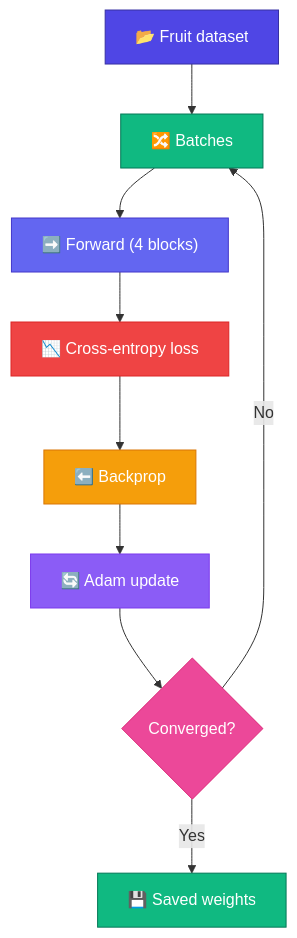
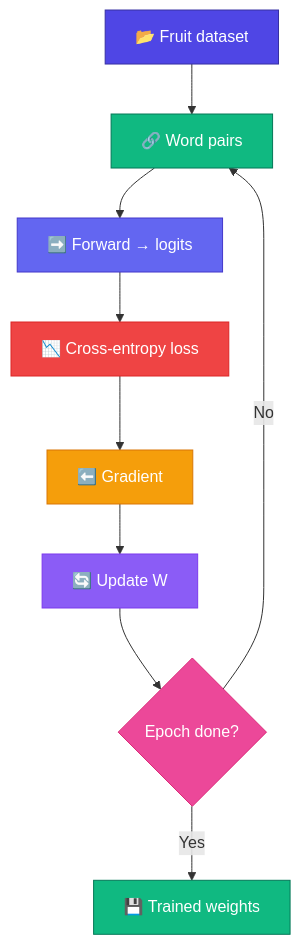
Before and after one commit to bhNibir/build-own-llm: the diagram in content/docs/part-09-mini-gpt/02-train.mdx, drawn with Mermaid. The commit also changed other lines of this file and 33 other files, not shown here.

First line of the commit message:
Align Bangla lessons with playgrounds, animations, and diagrams

````diff
--- a/content/docs/part-09-mini-gpt/02-train.mdx
+++ b/content/docs/part-09-mini-gpt/02-train.mdx
@@ -16,19 +16,19 @@
 ```mermaid
 flowchart TD
-    A["📂 Fruit dataset"]:::data --> B["🔀 Batches"]:::batch
-    B --> C["➡️ Forward (4 blocks)"]:::fwd
+    A["📂 Fruit dataset"]:::data --> B["🔗 Word pairs"]:::batch
+    B --> C["➡️ Forward → logits"]:::fwd
     C --> D["📉 Cross-entropy loss"]:::loss
-    D --> E["⬅️ Backprop"]:::bwd
-    E --> F["🔄 Adam update"]:::upd
-    F --> G{"Converged?"}:::check
+    D --> E["⬅️ Gradient"]:::bwd
+    E --> F["🔄 Update W"]:::upd
+    F --> G{"Epoch done?"}:::check
     G -->|No| B
-    G -->|Yes| H["💾 Saved weights"]:::done
+    G -->|Yes| H["💾 Trained weights"]:::done
     classDef data fill:#4F46E5,color:#fff,stroke:#3730A3
     classDef batch fill:#10B981,color:#fff,stroke:#047857
     classDef fwd fill:#6366F1,color:#fff,stroke:#4338CA
     classDef loss fill:#EF4444,color:#fff,stroke:#DC2626
     classDef bwd fill:#F59E0B,color:#fff,stroke:#D97706
     classDef upd fill:#8B5CF6,color:#fff,stroke:#7C3AED
     classDef check fill:#EC4899,color:#fff,stroke:#DB2777
     classDef done fill:#10B981,color:#fff,stroke:#047857
 ```
````
